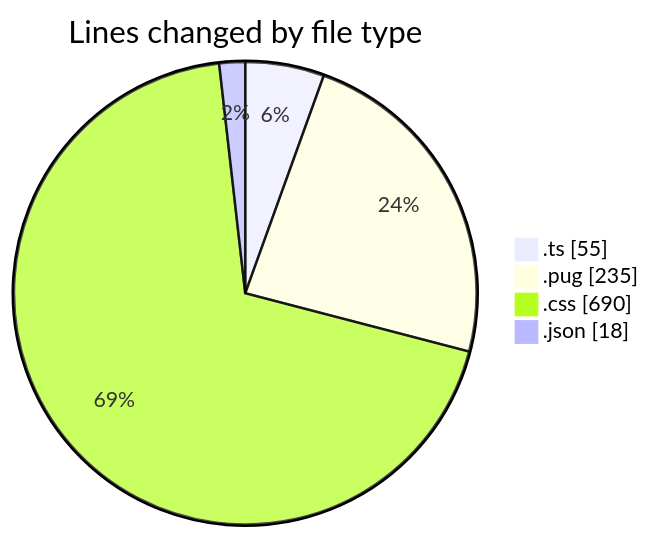
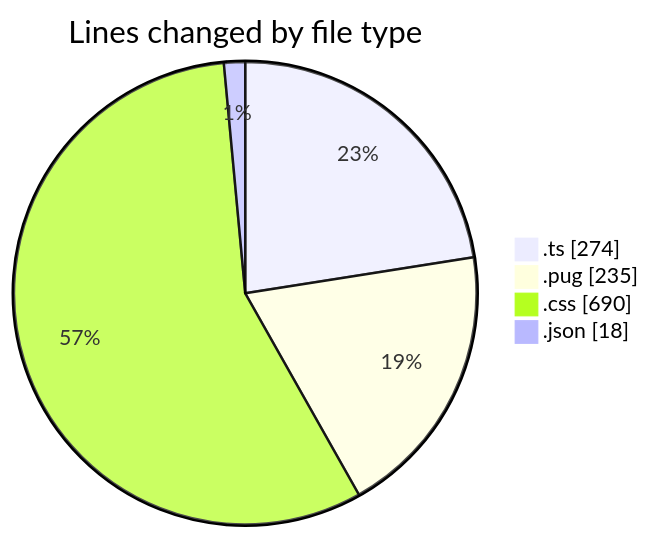
The first of 2 diagrams in 2025-10-31/cda/README.md (momahboobian/code-tracking), drawn with Mermaid before and after one commit. The commit also changed other lines of this file and 1 other file, not shown here.

````diff
--- a/2025-10-31/cda/README.md
+++ b/2025-10-31/cda/README.md
@@ -26,8 +27,8 @@
 ```mermaid
 pie showData
 title Lines changed by file type
-".ts" : 55
+".ts" : 274
 ".pug" : 235
 ".css" : 690
 ".json" : 18
 ```
````
